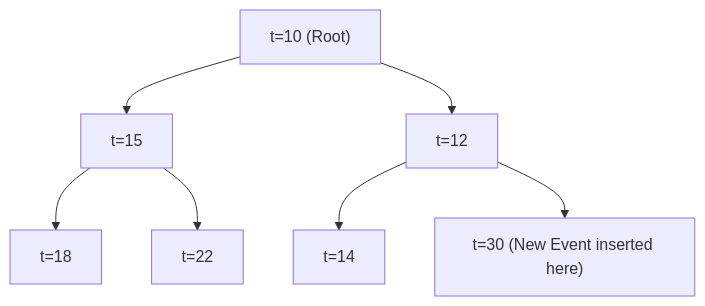
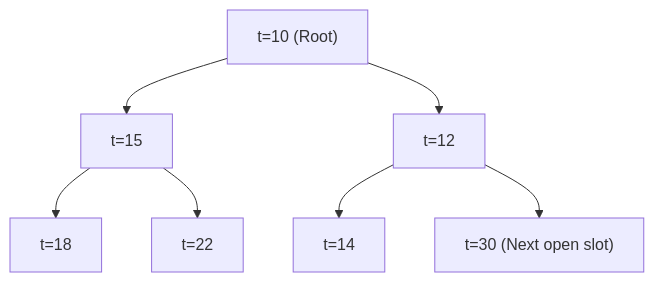
Before and after one commit to SouKot/Hermes.jl: the second of 4 diagrams in docs/theory_manual/03_simdes_architecture.md, drawn with Mermaid. The commit also changed other lines of this file, not shown here.

````diff
--- a/docs/theory_manual/03_simdes_architecture.md
+++ b/docs/theory_manual/03_simdes_architecture.md
@@ -56,9 +56,9 @@
 ```mermaid
 graph TD
     A["t=10 (Root)"] --> B["t=15"]
     A --> C["t=12"]
     B --> D["t=18"]
     B --> E["t=22"]
     C --> F["t=14"]
-    C --> G["t=30 (New Event inserted here)"]
+    C --> G["t=30 (Next open slot)"]
 ```
````
